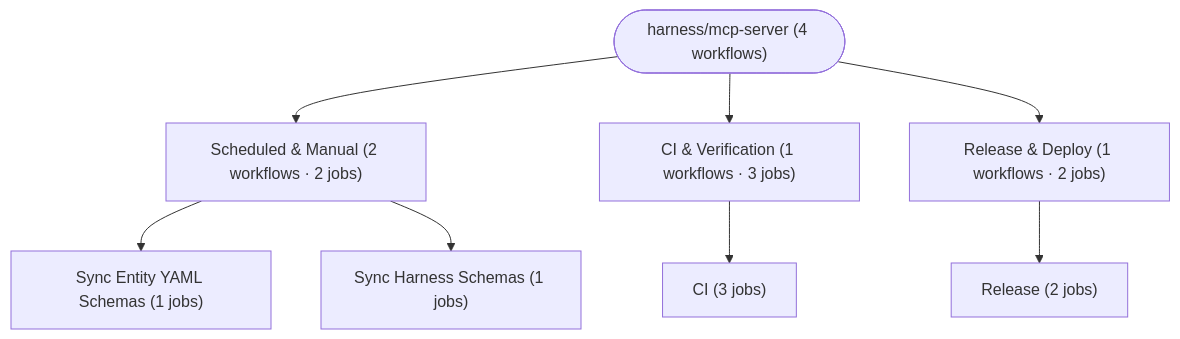
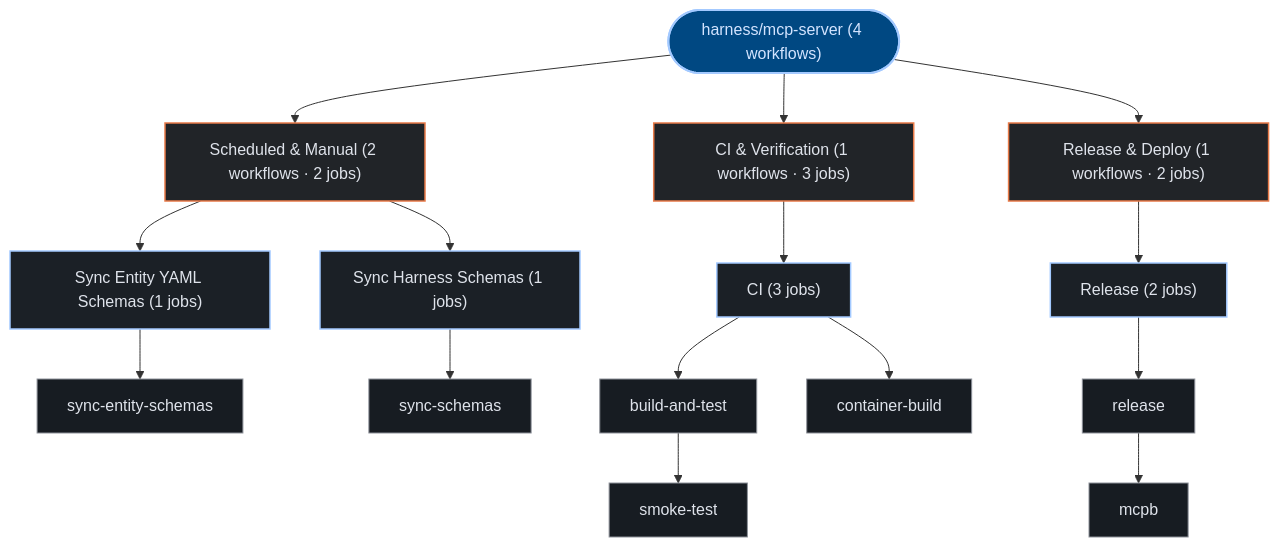
One commit to kumarshaz/atruss-code-atlas changed the third of 3 diagrams in exports/latest/reports/harness-mcp-server-report.md. Above: the diagram before and after it, drawn with Mermaid. The commit also changed other lines of this file and 331 other files, not shown here.

Commit message:
docs,ui,fix: update SDLC docs, reorder CI/CD DAG first, stylize Mermaid, and fix Arc42 pipeline topology

````diff
--- a/exports/latest/reports/harness-mcp-server-report.md
+++ b/exports/latest/reports/harness-mcp-server-report.md
@@ -195,18 +206,39 @@
 ```mermaid
 graph TD;
-  pipeline_root(["harness/mcp-server (4 workflows)"])
-  grp_0_Scheduled___Manual["Scheduled & Manual (2 workflows · 2 jobs)"]
+  classDef atlasRoot fill:#004882,stroke:#a3c9ff,stroke-width:2px,color:#d3e4ff
+  classDef atlasCategory fill:#212428,stroke:#E87A48,stroke-width:1.5px,color:#dfe3eb
+  classDef atlasWorkflow fill:#1b2026,stroke:#a3c9ff,stroke-width:1.5px,color:#dfe3eb
+  classDef atlasJob fill:#171c22,stroke:#8d9199,stroke-width:1px,color:#dfe3eb
+  classDef atlasTarget fill:#005227,stroke:#8bd99b,stroke-width:1.5px,color:#a7f6b6
+  classDef atlasAlert fill:#93000a,stroke:#ffb4ab,stroke-width:1.5px,color:#ffdad6
+  classDef atlasMore fill:#252a31,stroke:#8d9199,stroke-dasharray:4 4,color:#c3c6cf
+  pipeline_root(["harness/mcp-server (4 workflows)"]):::atlasRoot
+  grp_0_Scheduled___Manual["Scheduled & Manual (2 workflows · 2 jobs)"]:::atlasCategory
   pipeline_root --> grp_0_Scheduled___Manual
-  wf_2_Sync_Entity_YAML_Schemas["Sync Entity YAML Schemas (1 jobs)"]
+  wf_2_Sync_Entity_YAML_Schemas["Sync Entity YAML Schemas (1 jobs)"]:::atlasWorkflow
   grp_0_Scheduled___Manual --> wf_2_Sync_Entity_YAML_Schemas
-  wf_3_Sync_Harness_Schemas["Sync Harness Schemas (1 jobs)"]
+  job_2_sync_entity_schemas["sync-entity-schemas"]:::atlasJob
+  wf_2_Sync_Entity_YAML_Schemas --> job_2_sync_entity_schemas
+  wf_3_Sync_Harness_Schemas["Sync Harness Schemas (1 jobs)"]:::atlasWorkflow
   grp_0_Scheduled___Manual --> wf_3_Sync_Harness_Schemas
-  grp_1_CI___Verification["CI & Verification (1 workflows · 3 jobs)"]
+  job_3_sync_schemas["sync-schemas"]:::atlasJob
+  wf_3_Sync_Harness_Schemas --> job_3_sync_schemas
+  grp_1_CI___Verification["CI & Verification (1 workflows · 3 jobs)"]:::atlasCategory
   pipeline_root --> grp_1_CI___Verification
-  wf_0_CI["CI (3 jobs)"]
+  wf_0_CI["CI (3 jobs)"]:::atlasWorkflow
   grp_1_CI___Verification --> wf_0_CI
-  grp_2_Release___Deploy["Release & Deploy (1 workflows · 2 jobs)"]
+  job_0_build_and_test["build-and-test"]:::atlasJob
+  job_0_smoke_test["smoke-test"]:::atlasJob
+  job_0_container_build["container-build"]:::atlasJob
+  wf_0_CI --> job_0_build_and_test
+  job_0_build_and_test --> job_0_smoke_test
+  wf_0_CI --> job_0_container_build
+  grp_2_Release___Deploy["Release & Deploy (1 workflows · 2 jobs)"]:::atlasCategory
   pipeline_root --> grp_2_Release___Deploy
-  wf_1_Release["Release (2 jobs)"]
+  wf_1_Release["Release (2 jobs)"]:::atlasWorkflow
   grp_2_Release___Deploy --> wf_1_Release
+  job_1_release["release"]:::atlasJob
+  job_1_mcpb["mcpb"]:::atlasJob
+  wf_1_Release --> job_1_release
+  job_1_release --> job_1_mcpb
 ```
````
